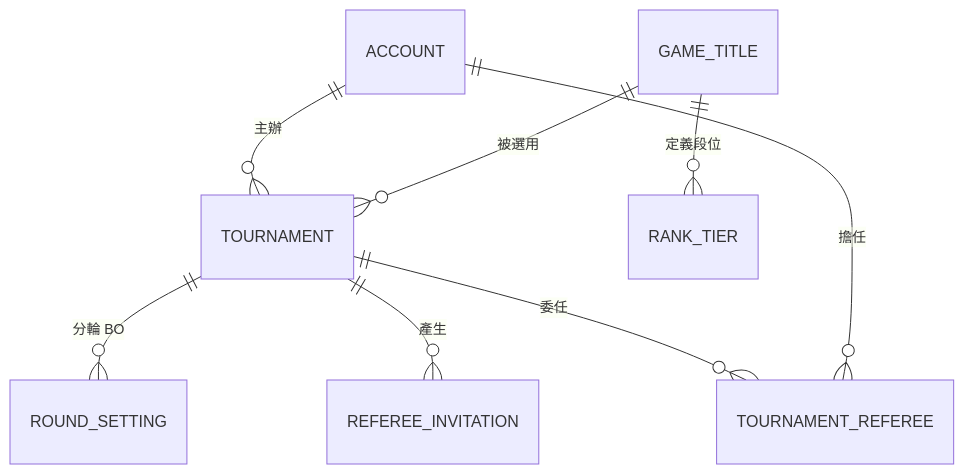
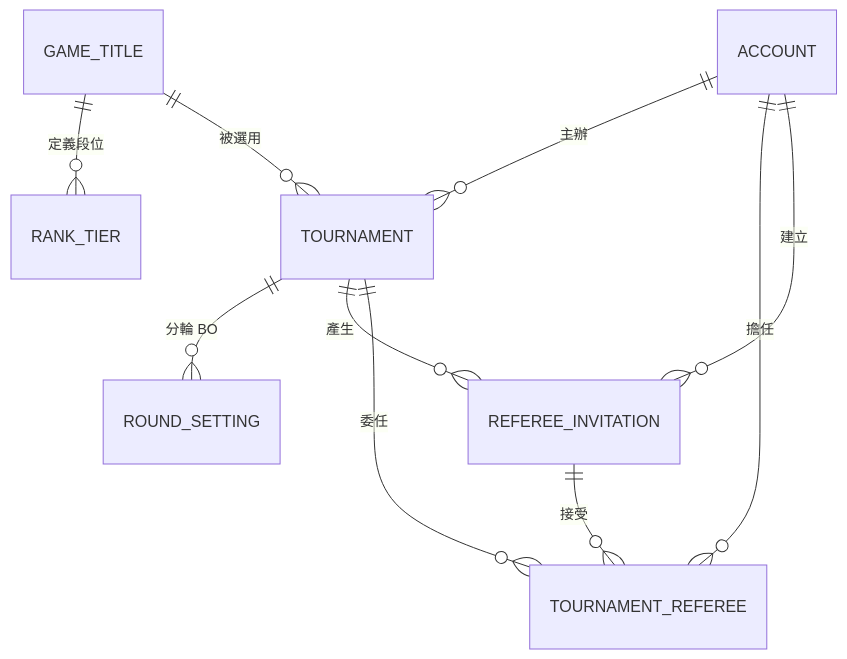
The fifth of 15 diagrams in docs/midterm/B-軟體需求分析文件.md (Team14good/esport-platform), drawn with Mermaid before and after one commit. The commit also changed other lines of this file and 14 other files, not shown here.

````diff
--- a/docs/midterm/B-軟體需求分析文件.md
+++ b/docs/midterm/B-軟體需求分析文件.md
@@ -646,10 +679,12 @@
 ```mermaid
 erDiagram
   ACCOUNT ||--o{ TOURNAMENT : "主辦"
   GAME_TITLE ||--o{ RANK_TIER : "定義段位"
   GAME_TITLE ||--o{ TOURNAMENT : "被選用"
   TOURNAMENT ||--o{ ROUND_SETTING : "分輪 BO"
   TOURNAMENT ||--o{ REFEREE_INVITATION : "產生"
   TOURNAMENT ||--o{ TOURNAMENT_REFEREE : "委任"
   ACCOUNT ||--o{ TOURNAMENT_REFEREE : "擔任"
+  REFEREE_INVITATION ||--o{ TOURNAMENT_REFEREE : "接受"
+  ACCOUNT ||--o{ REFEREE_INVITATION : "建立"
 ```
````
